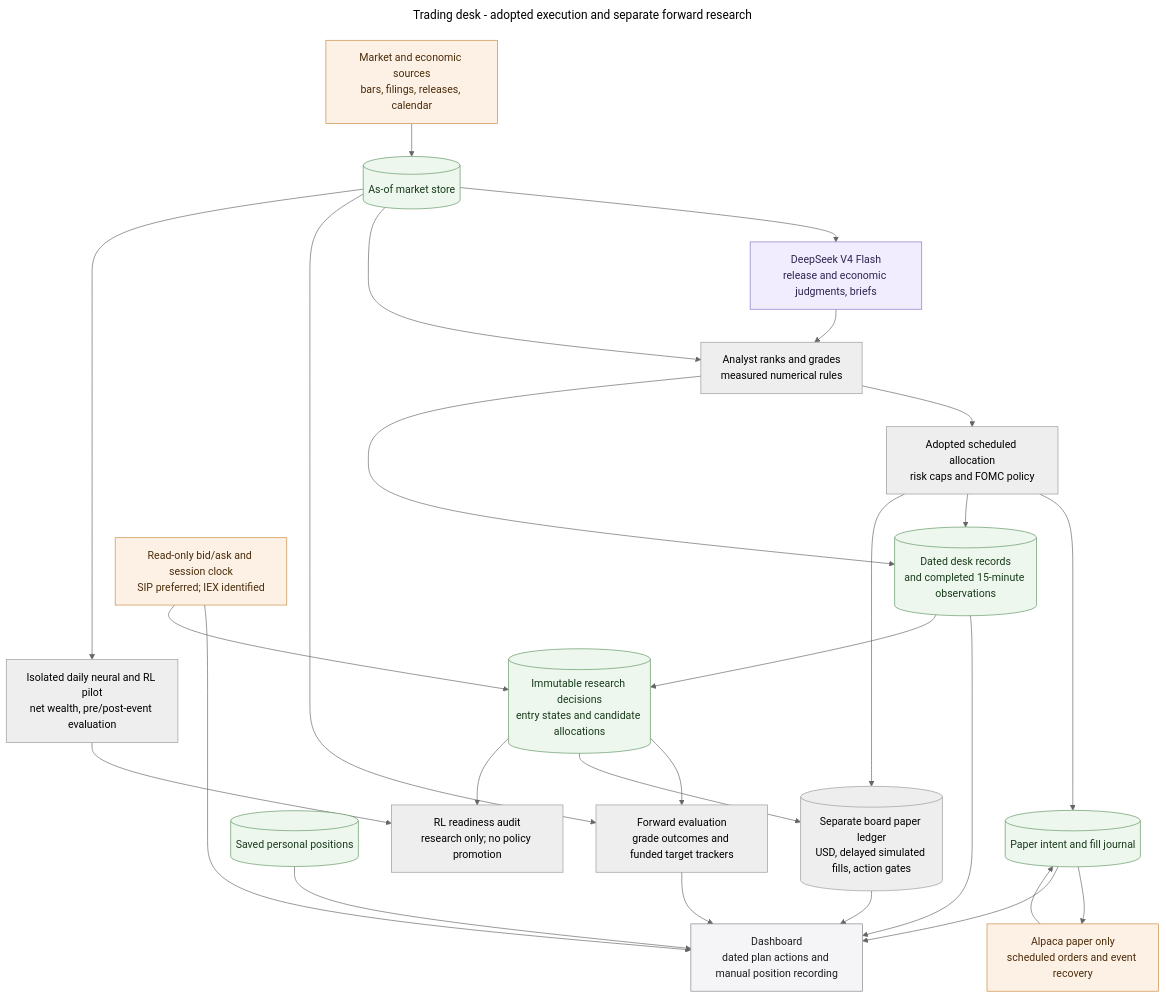
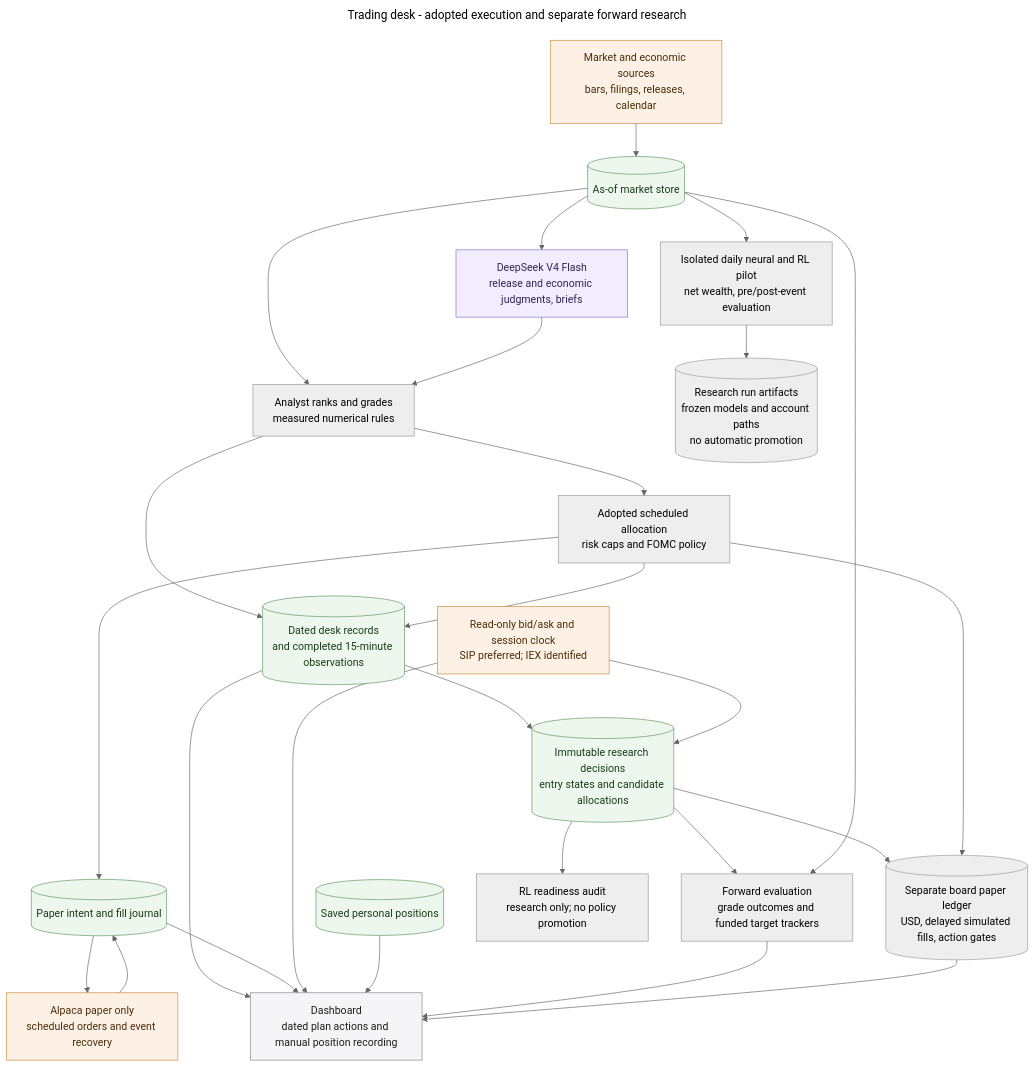
One commit to MallyaAni/PersonalAssistant changed the diagram in docs/diagrams/agent-trading-desk.mmd. Above: the diagram before and after it, drawn with Mermaid (neutral theme). The commit also changed 10 other files, not shown here.

Commit message:
Verify frozen growth models and record regime results

```diff
--- a/docs/diagrams/agent-trading-desk.mmd
+++ b/docs/diagrams/agent-trading-desk.mmd
@@ -1,38 +1,38 @@
 ---
 title: Trading desk - adopted execution and separate forward research
 ---
 flowchart TB
     Providers[Market and economic sources<br/>bars, filings, releases, calendar] --> Store[(As-of market store)]
     Store --> Models[DeepSeek V4 Flash<br/>release and economic judgments, briefs]
     Store --> Grades[Analyst ranks and grades<br/>measured numerical rules]
     Models --> Grades
     Grades --> Plan[Adopted scheduled allocation<br/>risk caps and FOMC policy]
     Plan --> Journal[(Paper intent and fill journal)]
     Journal --> Broker[Alpaca paper only<br/>scheduled orders and event recovery]
     Broker --> Journal
     Grades --> Records[(Dated desk records<br/>and completed 15-minute observations)]
     Plan --> Records
     Records --> View[Dashboard<br/>dated plan actions and manual position recording]
     Journal --> View
     Quotes[Read-only bid/ask and session clock<br/>SIP preferred; IEX identified] --> View
     Holdings[(Saved personal positions)] --> View
     Records --> Research[(Immutable research decisions<br/>entry states and candidate allocations)]
     Quotes --> Research
     Research --> Evidence[Forward evaluation<br/>grade outcomes and funded target trackers]
     Store --> Evidence
     Evidence --> View
     Research --> Shadow[(Separate board paper ledger<br/>USD, delayed simulated fills, action gates)]
     Plan --> Shadow
     Shadow --> View
     Research --> Audit[RL readiness audit<br/>research only; no policy promotion]
     Store --> Pilot[Isolated daily neural and RL pilot<br/>net wealth, pre/post-event evaluation]
-    Pilot --> Audit
+    Pilot --> Artifacts[(Research run artifacts<br/>frozen models and account paths<br/>no automatic promotion)]
 
     classDef data fill:#eef7ee,stroke:#5f9562,color:#183b1b;
     classDef external fill:#fdf1e6,stroke:#c98a3d,color:#4a2c0a;
     classDef model fill:#f1edff,stroke:#8872c6,color:#2e2450;
     classDef interface fill:#f5f5f7,stroke:#86868b,color:#1d1d1f;
     class Store,Journal,Records,Holdings,Research data;
     class Providers,Broker,Quotes external;
     class Models model;
     class View interface;
```
